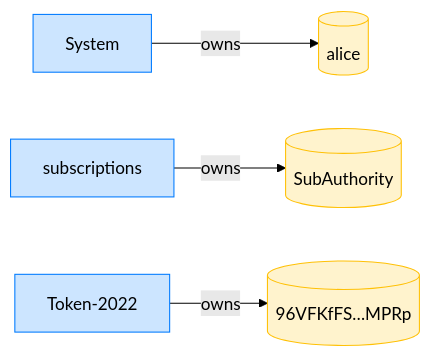
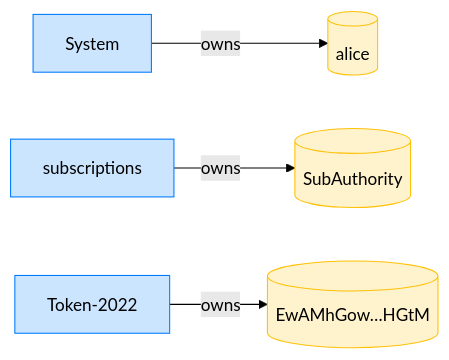
One commit to cds-rs/subscriptions changed the fourth of 12 diagrams in dsl_tests/fixed-transfer-over-a-token-2022-confidential-transfer-mint.md. Above: the diagram before and after it, drawn with Mermaid (forest theme). The commit also changed other lines of this file and 224 other files, not shown here.

````diff
--- a/dsl_tests/fixed-transfer-over-a-token-2022-confidential-transfer-mint.md
+++ b/dsl_tests/fixed-transfer-over-a-token-2022-confidential-transfer-mint.md
@@ -73,14 +78,14 @@
 ```mermaid
 flowchart LR
     classDef owner fill:#cce5ff,stroke:#007bff;
     classDef account fill:#fff3cd,stroke:#ffc107;
     System[System]:::owner
     alice[(alice)]:::account
     subscriptions[subscriptions]:::owner
     SubAuthority[(SubAuthority)]:::account
     Token_2022["Token-2022"]:::owner
-    96VFKfFS_MPRp[("96VFKfFS…MPRp")]:::account
+    EwAMhGow_HGtM[("EwAMhGow…HGtM")]:::account
     System -->|owns| alice
     subscriptions -->|owns| SubAuthority
-    Token_2022 -->|owns| 96VFKfFS_MPRp
+    Token_2022 -->|owns| EwAMhGow_HGtM
 ```
````
